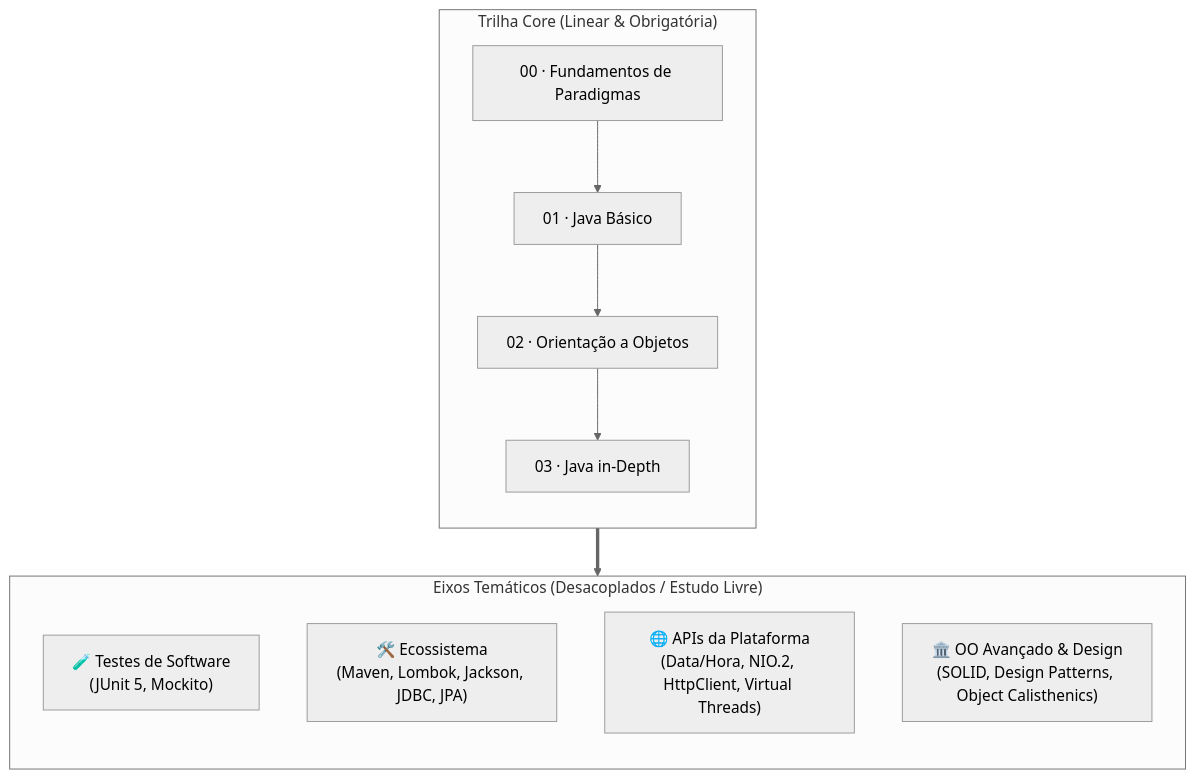
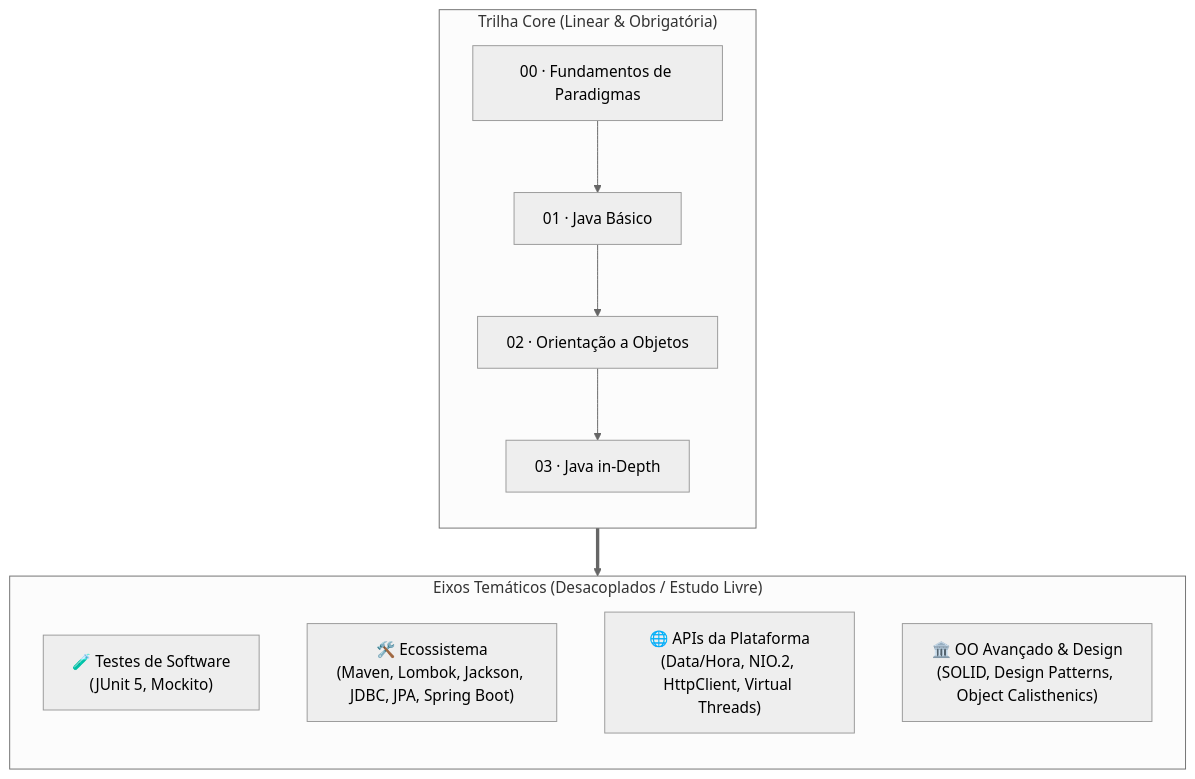
One commit to Lubrisa/fatec-curso-oo changed the diagram in README.md. Above: the diagram before and after it, drawn with Mermaid (neutral theme). The commit also changed other lines of this file, not shown here.

Commit message:
docs: adiciona trilha de spring boot ao readme principal

````diff
--- a/README.md
+++ b/README.md
@@ -12,22 +12,22 @@
 ```mermaid
 flowchart TD
     subgraph Core ["Trilha Core (Linear & Obrigatória)"]
         direction TB
         M0["00 · Fundamentos de Paradigmas"]
         M1["01 · Java Básico"]
         M2["02 · Orientação a Objetos"]
         M3["03 · Java in-Depth"]
 
         M0 --> M1 --> M2 --> M3
     end
 
     subgraph Eixos ["Eixos Temáticos (Desacoplados / Estudo Livre)"]
         direction TB
         TESTES["🧪 Testes de Software\n(JUnit 5, Mockito)"]
-        ECO["🛠️ Ecossistema\n(Maven, Lombok, Jackson, JDBC, JPA)"]
+        ECO["🛠️ Ecossistema\n(Maven, Lombok, Jackson, JDBC, JPA, Spring Boot)"]
         APIS["🌐 APIs da Plataforma\n(Data/Hora, NIO.2, HttpClient, Virtual Threads)"]
         OOA["🏛️ OO Avançado & Design\n(SOLID, Design Patterns, Object Calisthenics)"]
     end
 
     Core ==> Eixos
 ```
````
